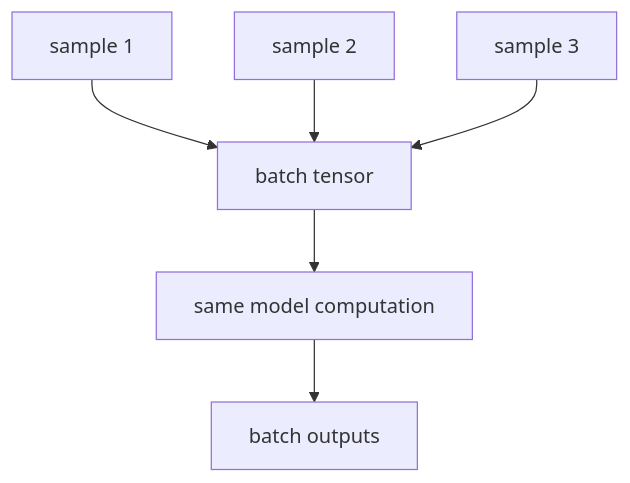
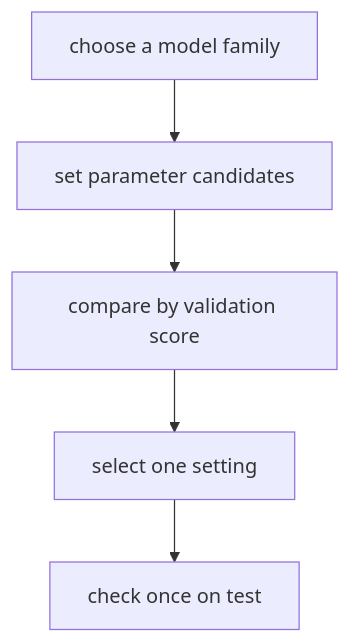
Before and after one commit to devchan64/AiBook: the first of 3 diagrams in docs/parts/part-04/chapter-09/section-02.md, drawn with Mermaid. The commit also changed other lines of this file and 213 other files, not shown here.

````diff
--- a/docs/parts/part-04/chapter-09/section-02.md
+++ b/docs/parts/part-04/chapter-09/section-02.md
@@ -124,15 +87,10 @@
 ```mermaid
 flowchart TD
-  A["sample 1"]
-  B["sample 2"]
-  C["sample 3"]
-  D["batch tensor"]
-  E["same model computation"]
-  F["batch outputs"]
+  A["choose a model family"]
+  B["set parameter candidates"]
+  C["compare by validation score"]
+  D["select one setting"]
+  E["check once on test"]
 
-  A --> D
-  B --> D
-  C --> D
-  D --> E
-  E --> F
+  A --> B --> C --> D --> E
 ```
````
